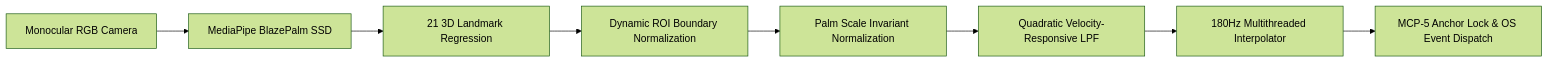
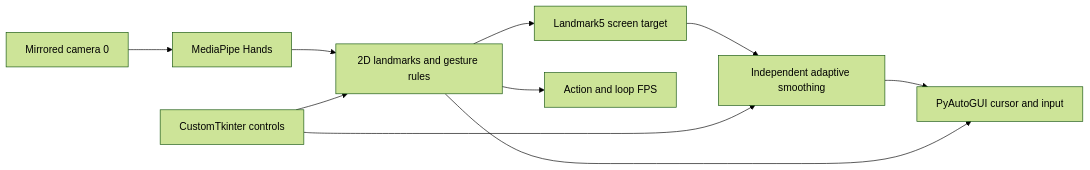
Before and after one commit to DongFengPo1412/Virtual-Mouse-and-Gesture-Control-System: the diagram in README_EN.md, drawn with Mermaid (forest theme). The commit also changed other lines of this file and 8 other files, not shown here.

````diff
--- a/README_EN.md
+++ b/README_EN.md
@@ -79,10 +13,12 @@
 ```mermaid
 flowchart LR
-    A[Monocular RGB Camera] --> B[MediaPipe BlazePalm SSD]
-    B --> C[21 3D Landmark Regression]
-    C --> D[Dynamic ROI Boundary Normalization]
-    D --> E[Palm Scale Invariant Normalization]
-    E --> F[Quadratic Velocity-Responsive LPF]
-    F --> G[180Hz Multithreaded Interpolator]
-    G --> H[MCP-5 Anchor Lock & OS Event Dispatch]
+    Camera[Mirrored camera 0] --> Hands[MediaPipe Hands]
+    Hands --> Rules[2D landmarks and gesture rules]
+    Rules --> Target[Landmark5 screen target]
+    Target --> Smooth[Independent adaptive smoothing]
+    Smooth --> OS[PyAutoGUI cursor and input]
+    Rules --> OS
+    GUI[CustomTkinter controls] --> Rules
+    GUI --> Smooth
+    Rules --> Status[Action and loop FPS]
 ```
````
